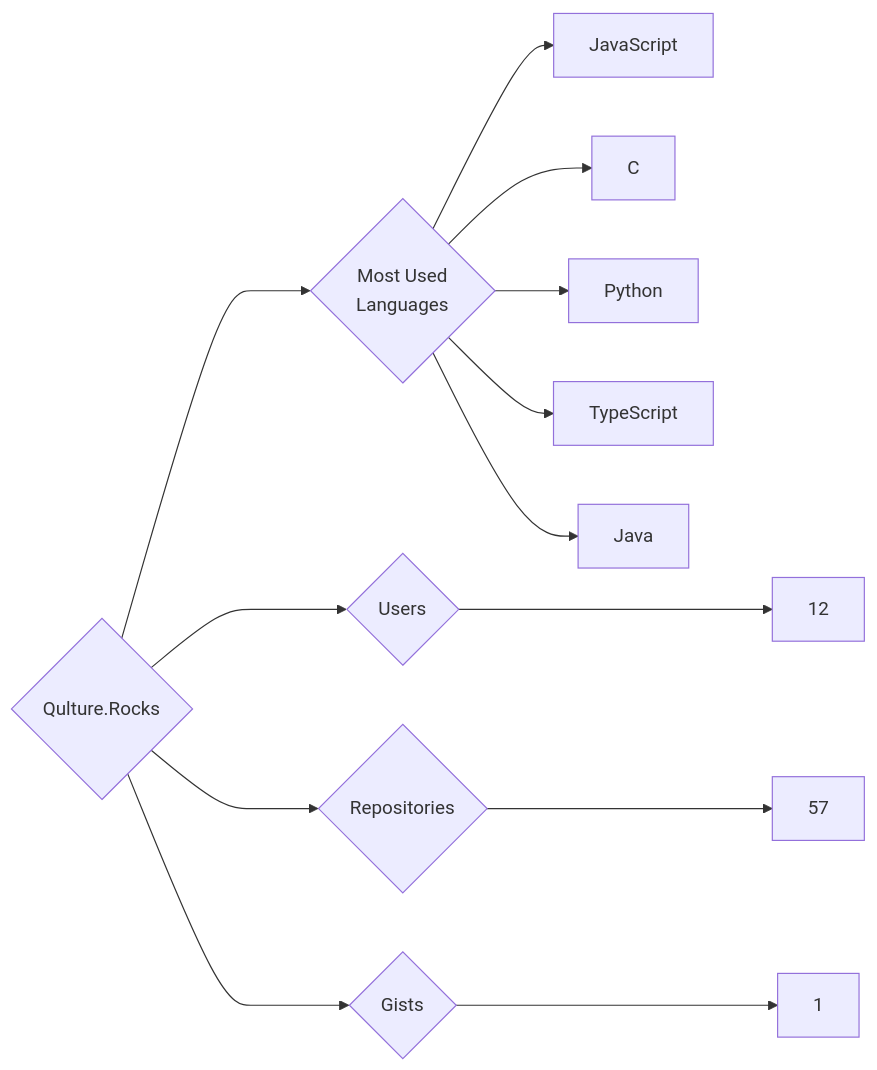
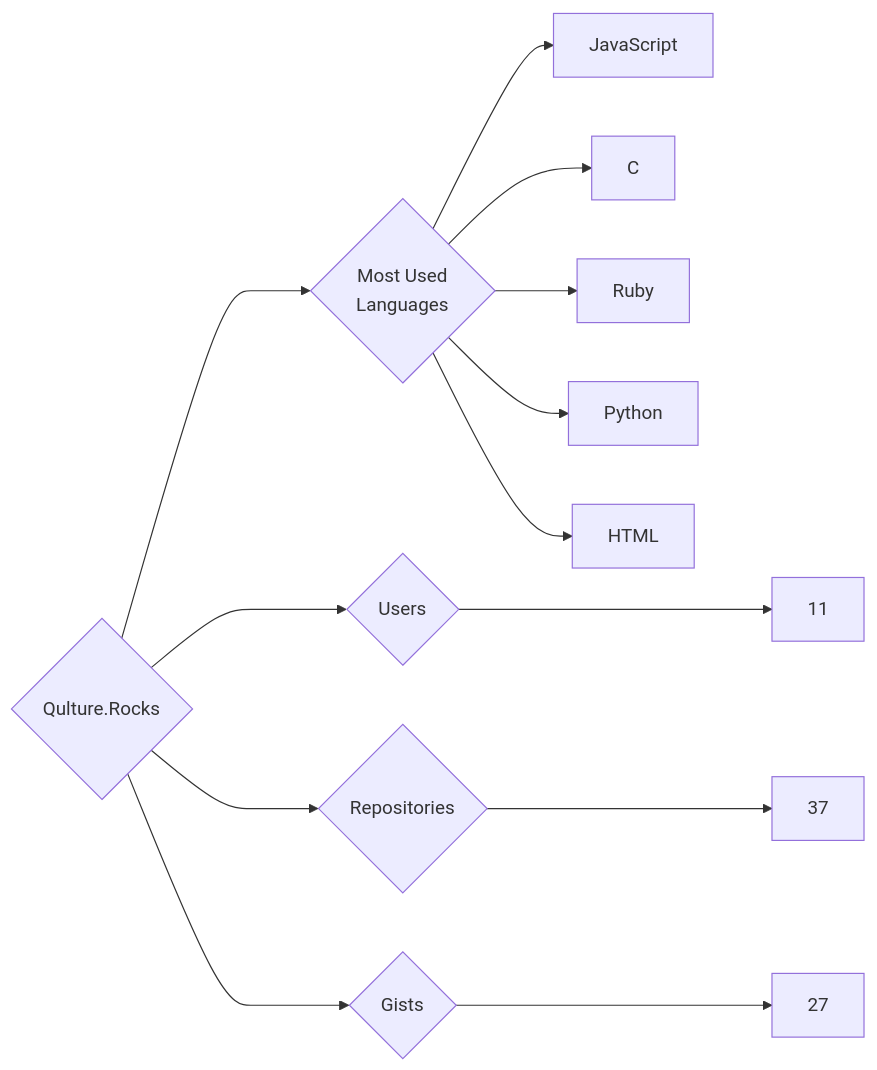
One commit to trickest/insiders changed the diagram in targets/Qulture.Rocks/README.md. Above: the diagram before and after it, drawn with Mermaid. The commit also changed 1011 other files, not shown here.

````diff
--- a/targets/Qulture.Rocks/README.md
+++ b/targets/Qulture.Rocks/README.md
@@ -3,13 +3,13 @@
 ```mermaid
 graph LR
 COMPANY_NAME{Qulture.Rocks}
-COMPANY_NAME ---> U{Users} ---> UN[12]
-COMPANY_NAME ---> R{Repositories} ---> RN[57]
-COMPANY_NAME ---> G{Gists} ---> GN[1]
+COMPANY_NAME ---> U{Users} ---> UN[11]
+COMPANY_NAME ---> R{Repositories} ---> RN[37]
+COMPANY_NAME ---> G{Gists} ---> GN[27]
 COMPANY_NAME ---> ML{Most Used<br>Languages}
 ML --> JavaScript[JavaScript]
 ML --> C[C]
+ML --> Ruby[Ruby]
 ML --> Python[Python]
-ML --> TypeScript[TypeScript]
-ML --> Java[Java]
+ML --> HTML[HTML]
 ```
````
